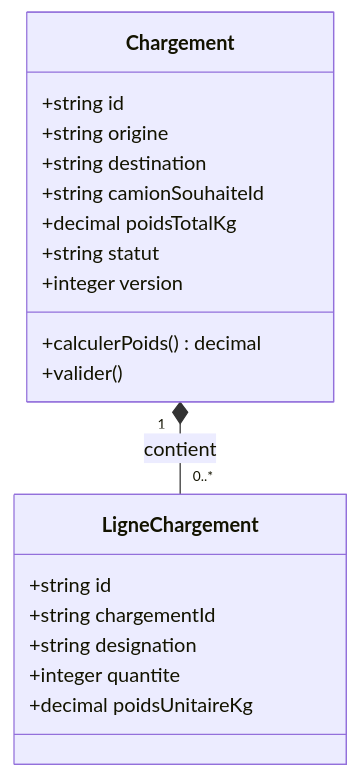
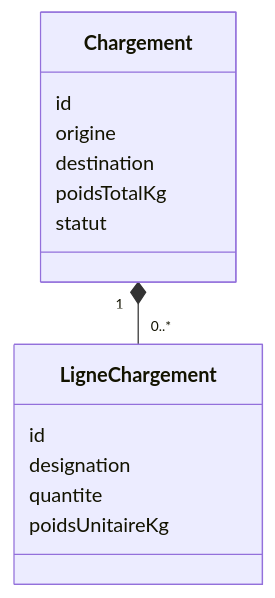
Before and after one commit to UssamaRei/transport-marchandises-ws: the diagram in services/chargements/README.md, drawn with Mermaid. The commit also changed other lines of this file and 73 other files, not shown here.

````diff
--- a/services/chargements/README.md
+++ b/services/chargements/README.md
@@ -27,22 +11,17 @@
 ```mermaid
 classDiagram
     class Chargement {
-      +string id
-      +string origine
-      +string destination
-      +string camionSouhaiteId
-      +decimal poidsTotalKg
-      +string statut
-      +integer version
-      +calculerPoids() decimal
-      +valider()
+      id
+      origine
+      destination
+      poidsTotalKg
+      statut
     }
     class LigneChargement {
-      +string id
-      +string chargementId
-      +string designation
-      +integer quantite
-      +decimal poidsUnitaireKg
+      id
+      designation
+      quantite
+      poidsUnitaireKg
     }
-    Chargement "1" *-- "0..*" LigneChargement : contient
+    Chargement "1" *-- "0..*" LigneChargement
 ```
````
